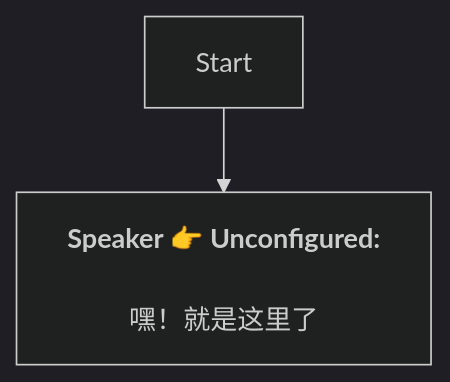
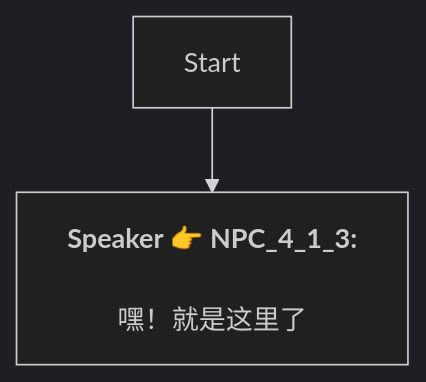
The diagram in Zh/QuestApproachDialogNode_1741457553974527.md (SoftHu/tos_avg), drawn with Mermaid (dark theme) before and after one commit. The commit also changed 737 other files, not shown here.

````diff
--- a/Zh/QuestApproachDialogNode_1741457553974527.md
+++ b/Zh/QuestApproachDialogNode_1741457553974527.md
@@ -1,7 +1,6 @@
 ```mermaid
 graph
-Start -->1741457612841218[<b>Speaker 👉 Unconfigured:</b>
+Start -->1741457612841218[<b>Speaker 👉 NPC_4_1_3:</b>
+\n嘿！就是这里了]
 
-嘿！就是这里了]
-
- ```
+```
````
